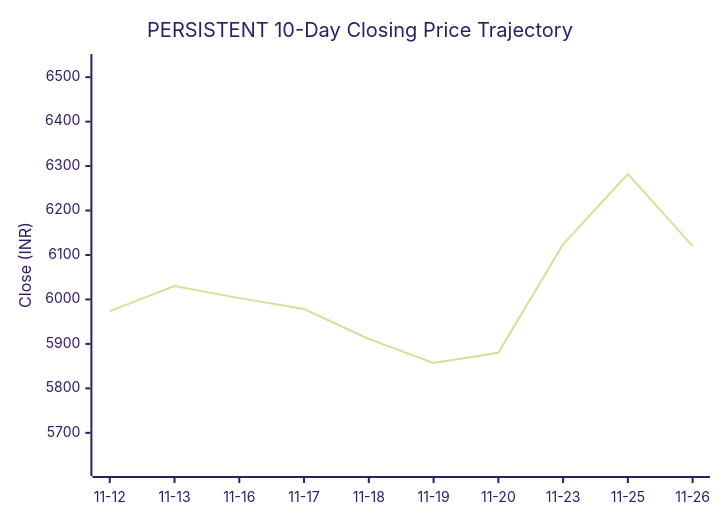
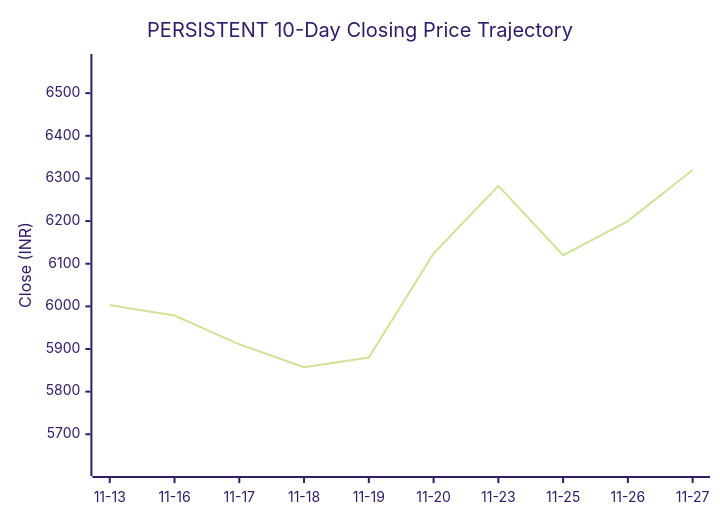
The second of 3 diagrams in market-intelligence/stocks/PERSISTENT/README.md (purnareddy9/dev), drawn with Mermaid (forest theme) before and after one commit. The commit also changed other lines of this file and 4 other files, not shown here.

````diff
--- a/market-intelligence/stocks/PERSISTENT/README.md
+++ b/market-intelligence/stocks/PERSISTENT/README.md
@@ -95,7 +95,7 @@
 ```mermaid
 xychart-beta
     title "PERSISTENT 10-Day Closing Price Trajectory"
-    x-axis ["11-12", "11-13", "11-16", "11-17", "11-18", "11-19", "11-20", "11-23", "11-25", "11-26"]
-    y-axis "Close (INR)" 5622 --> 6533
-    line [5973.5, 6030.0, 6003.0, 5978.5, 5911.0, 5857.0, 5880.0, 6124.0, 6282.5, 6120.0]
+    x-axis ["11-13", "11-16", "11-17", "11-18", "11-19", "11-20", "11-23", "11-25", "11-26", "11-27"]
+    y-axis "Close (INR)" 5622 --> 6572
+    line [6003.0, 5978.5, 5911.0, 5857.0, 5880.0, 6124.0, 6282.5, 6120.0, 6200.0, 6320.0]
 ```
````
